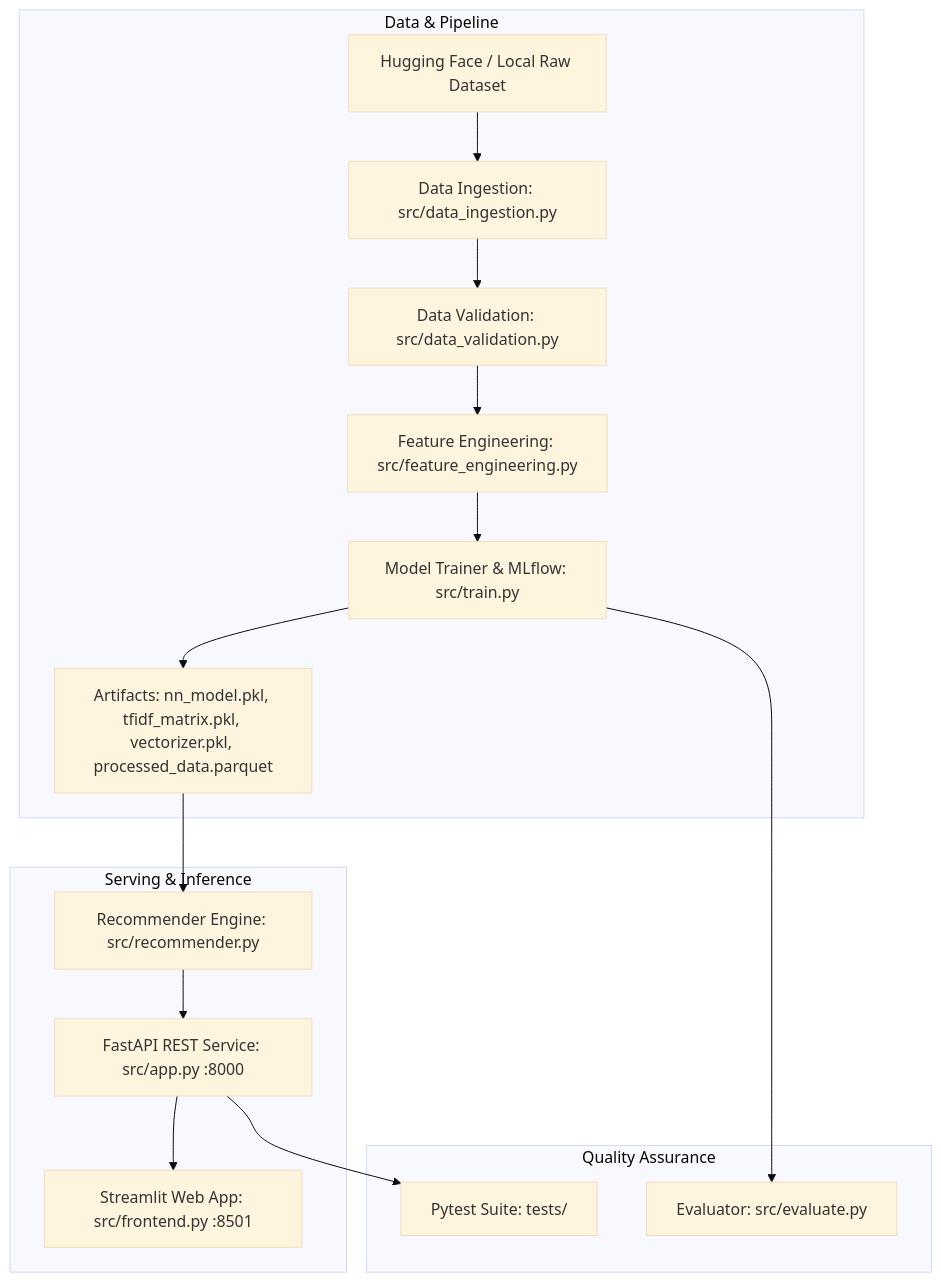
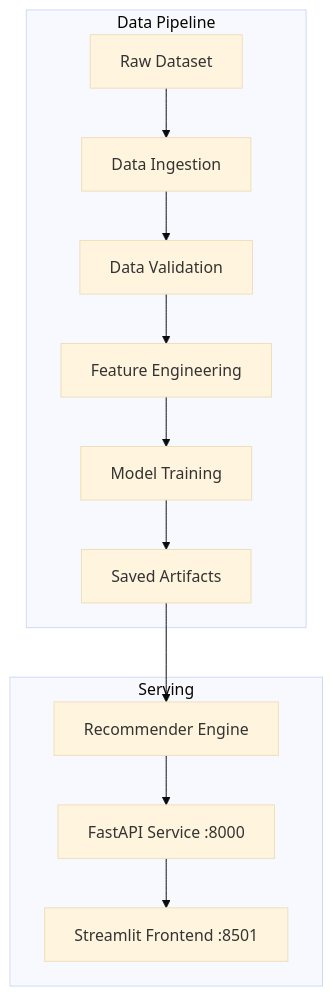
One commit to themdanas/product-recommendor changed the diagram in README.md. Above: the diagram before and after it, drawn with Mermaid (base theme). The commit also changed other lines of this file and 1 other file, not shown here.

````diff
--- a/README.md
+++ b/README.md
@@ -35,21 +20,16 @@
 ```mermaid
 graph TD
-    subgraph Data & Pipeline
-        A[Hugging Face / Local Raw Dataset] --> B[Data Ingestion: src/data_ingestion.py]
-        B --> C[Data Validation: src/data_validation.py]
-        C --> D[Feature Engineering: src/feature_engineering.py]
-        D --> E[Model Trainer & MLflow: src/train.py]
-        E --> F[Artifacts: nn_model.pkl, tfidf_matrix.pkl, vectorizer.pkl, processed_data.parquet]
+    subgraph Data Pipeline
+        A[Raw Dataset] --> B[Data Ingestion]
+        B --> C[Data Validation]
+        C --> D[Feature Engineering]
+        D --> E[Model Training]
+        E --> F[Saved Artifacts]
     end
 
-    subgraph Serving & Inference
-        F --> G[Recommender Engine: src/recommender.py]
-        G --> H[FastAPI REST Service: src/app.py :8000]
-        H --> I[Streamlit Web App: src/frontend.py :8501]
-    end
-
-    subgraph Quality Assurance
-        E --> J[Evaluator: src/evaluate.py]
-        H --> K[Pytest Suite: tests/]
+    subgraph Serving
+        F --> G[Recommender Engine]
+        G --> H[FastAPI Service :8000]
+        H --> I[Streamlit Frontend :8501]
     end
 ```
````
